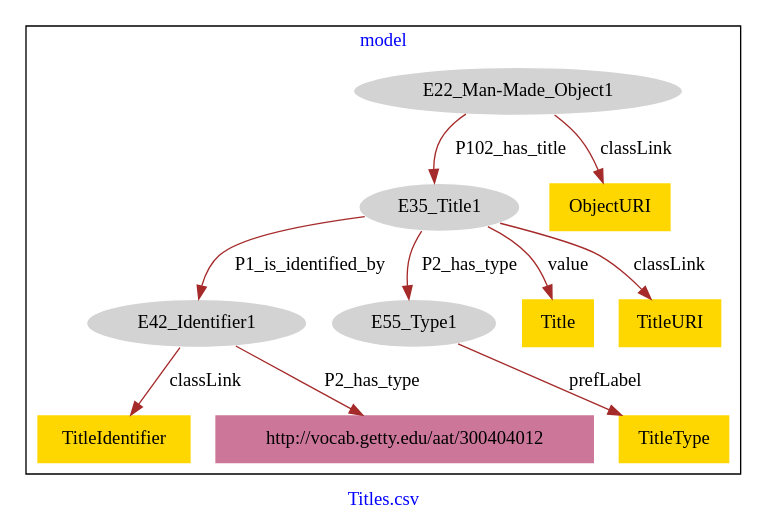
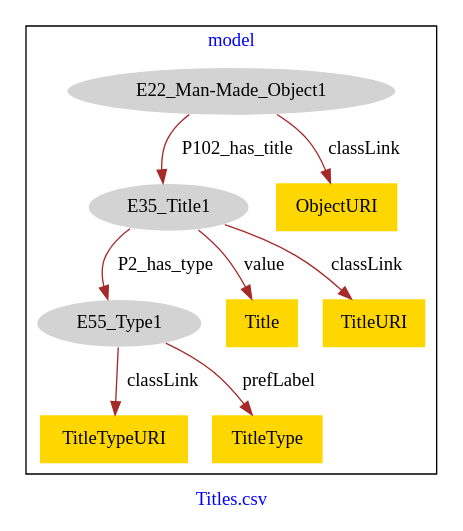
Before and after one commit to american-art/GM: the diagram in Other_titles/Other_titles-model.dot, drawn with Graphviz.

Commit message:
Update file Other_titles-model.dot

```diff
--- a/Other_titles/Other_titles-model.dot
+++ b/Other_titles/Other_titles-model.dot
@@ -1,27 +1,23 @@
 digraph n0 {
 fontcolor="blue"
 remincross="true"
 label="Titles.csv"
 subgraph cluster {
 label="model"
 n2[style="filled",color="white",fillcolor="lightgray",label="E22_Man-Made_Object1"];
 n3[style="filled",color="white",fillcolor="lightgray",label="E35_Title1"];
-n4[style="filled",color="white",fillcolor="lightgray",label="E42_Identifier1"];
-n5[style="filled",color="white",fillcolor="lightgray",label="E55_Type1"];
-n6[shape="plaintext",style="filled",fillcolor="gold",label="Title"];
-n7[shape="plaintext",style="filled",fillcolor="gold",label="TitleIdentifier"];
-n8[shape="plaintext",style="filled",fillcolor="gold",label="TitleURI"];
-n9[shape="plaintext",style="filled",fillcolor="gold",label="TitleType"];
-n10[shape="plaintext",style="filled",fillcolor="gold",label="ObjectURI"];
-n11[shape="plaintext",style="filled",fillcolor="#CC7799",label="http://vocab.getty.edu/aat/300404012"];
+n4[style="filled",color="white",fillcolor="lightgray",label="E55_Type1"];
+n5[shape="plaintext",style="filled",fillcolor="gold",label="Title"];
+n6[shape="plaintext",style="filled",fillcolor="gold",label="TitleURI"];
+n7[shape="plaintext",style="filled",fillcolor="gold",label="TitleTypeURI"];
+n8[shape="plaintext",style="filled",fillcolor="gold",label="TitleType"];
+n9[shape="plaintext",style="filled",fillcolor="gold",label="ObjectURI"];
 }
 n2 -> n3[color="brown",fontcolor="black",label="P102_has_title"]
-n3 -> n4[color="brown",fontcolor="black",label="P1_is_identified_by"]
-n3 -> n5[color="brown",fontcolor="black",label="P2_has_type"]
-n3 -> n6[color="brown",fontcolor="black",label="value"]
+n3 -> n4[color="brown",fontcolor="black",label="P2_has_type"]
+n3 -> n5[color="brown",fontcolor="black",label="value"]
+n3 -> n6[color="brown",fontcolor="black",label="classLink"]
 n4 -> n7[color="brown",fontcolor="black",label="classLink"]
-n3 -> n8[color="brown",fontcolor="black",label="classLink"]
-n5 -> n9[color="brown",fontcolor="black",label="prefLabel"]
-n2 -> n10[color="brown",fontcolor="black",label="classLink"]
-n4 -> n11[color="brown",fontcolor="black",label="P2_has_type"]
+n4 -> n8[color="brown",fontcolor="black",label="prefLabel"]
+n2 -> n9[color="brown",fontcolor="black",label="classLink"]
 }
```
